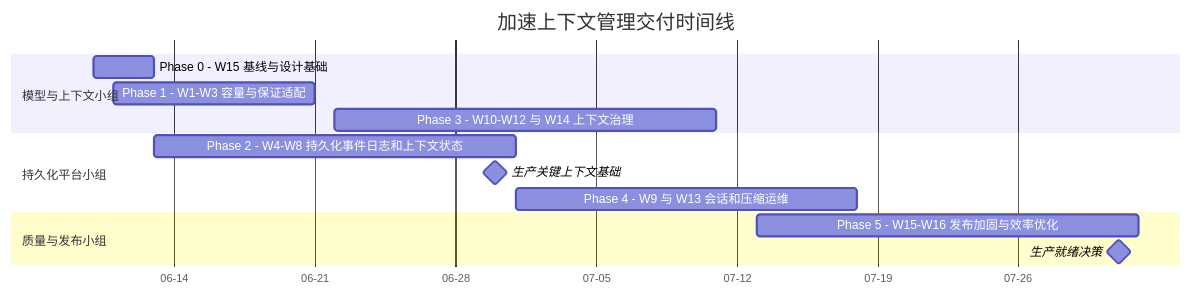
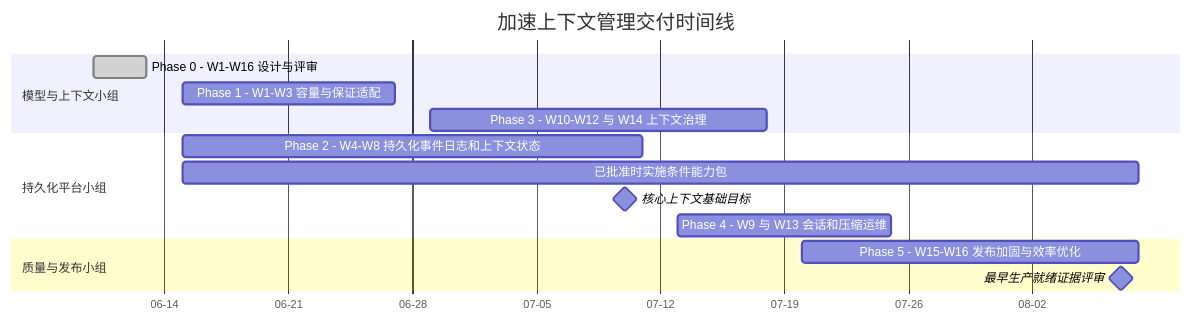
Before and after one commit to ModelEngine-Group/nexent: the fifth of 6 diagrams in doc/working/context-management-production-plan-zh.md, drawn with Mermaid. The commit also changed other lines of this file and 21 other files, not shown here.

````diff
--- a/doc/working/context-management-production-plan-zh.md
+++ b/doc/working/context-management-production-plan-zh.md
@@ -778,20 +888,21 @@
 ```mermaid
 gantt
     title 加速上下文管理交付时间线
     dateFormat  YYYY-MM-DD
     axisFormat  %m-%d
 
     section 模型与上下文小组
-    Phase 0 - W15 基线与设计基础                :p0, 2026-06-10, 3d
-    Phase 1 - W1-W3 容量与保证适配              :p1, 2026-06-11, 10d
-    Phase 3 - W10-W12 与 W14 上下文治理         :p3, 2026-06-22, 19d
+    Phase 0 - W1-W16 设计与评审                  :done, p0, 2026-06-10, 3d
+    Phase 1 - W1-W3 容量与保证适配              :p1, 2026-06-15, 12d
+    Phase 3 - W10-W12 与 W14 上下文治理         :p3, 2026-06-29, 19d
 
     section 持久化平台小组
-    Phase 2 - W4-W8 持久化事件日志和上下文状态  :p2, 2026-06-13, 18d
-    生产关键上下文基础                          :milestone, m1, 2026-06-30, 0d
-    Phase 4 - W9 与 W13 会话和压缩运维          :p4, 2026-07-01, 17d
+    Phase 2 - W4-W8 持久化事件日志和上下文状态  :p2, 2026-06-15, 26d
+    已批准时实施条件能力包                       :p17, 2026-06-15, 54d
+    核心上下文基础目标                          :milestone, m1, 2026-07-10, 0d
+    Phase 4 - W9 与 W13 会话和压缩运维          :p4, 2026-07-13, 12d
 
     section 质量与发布小组
-    Phase 5 - W15-W16 发布加固与效率优化        :p5, 2026-07-13, 19d
-    生产就绪决策                                :milestone, m2, 2026-07-31, 0d
+    Phase 5 - W15-W16 发布加固与效率优化        :p5, 2026-07-20, 19d
+    最早生产就绪证据评审                        :milestone, m2, 2026-08-07, 0d
 ```
````
